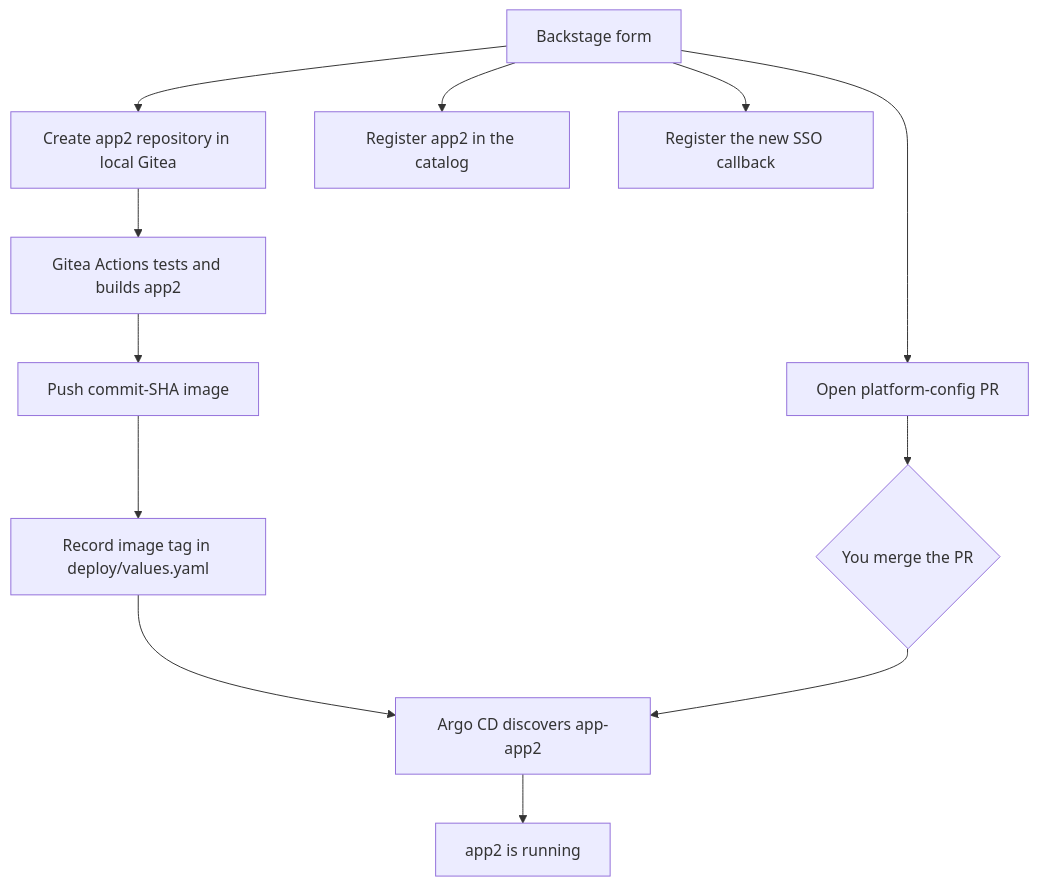
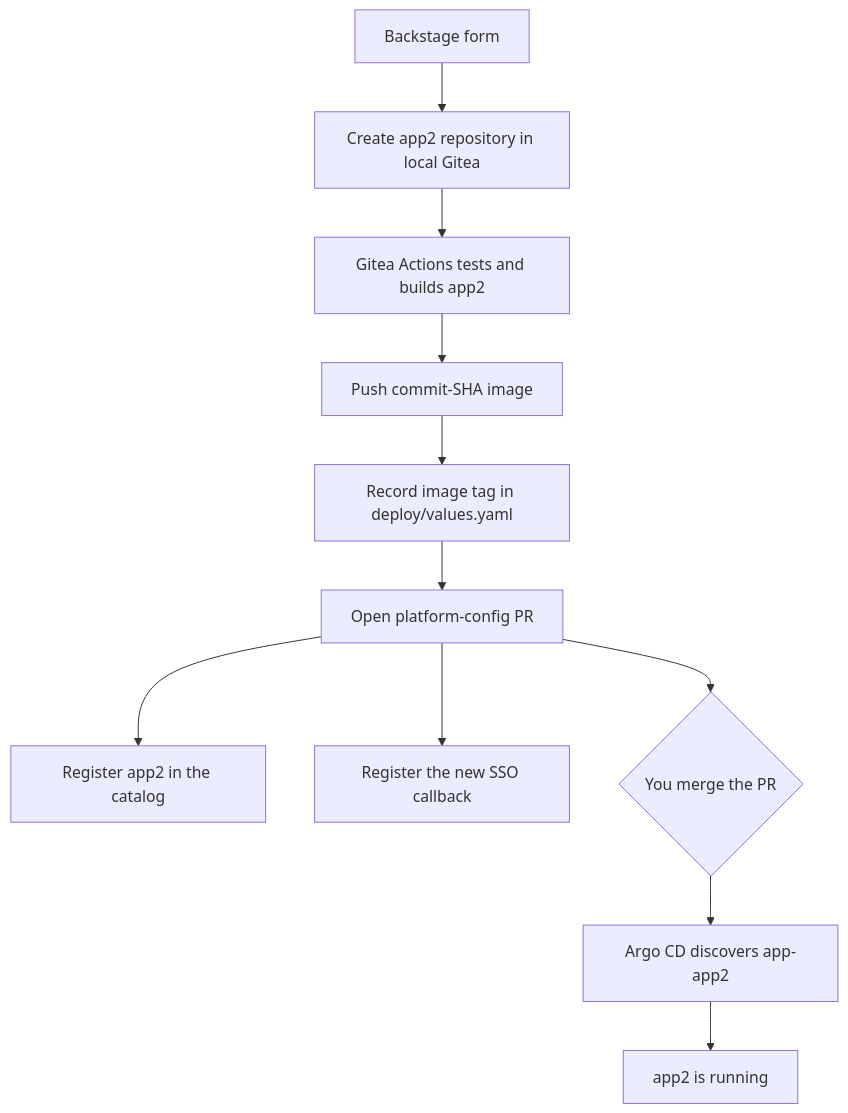
The third of 3 diagrams in docs/getting-started/try-it-with-kind.md (yu-min3/kensan-lab), drawn with Mermaid before and after one commit. The commit also changed other lines of this file and 14 other files, not shown here.

````diff
--- a/docs/getting-started/try-it-with-kind.md
+++ b/docs/getting-started/try-it-with-kind.md
@@ -162,14 +170,14 @@
 ```mermaid
 flowchart TD
     A[Backstage form] --> B[Create app2 repository in local Gitea]
-    A --> C[Open platform-config PR]
-    A --> D[Register app2 in the catalog]
-    A --> E[Register the new SSO callback]
     B --> F[Gitea Actions tests and builds app2]
     F --> G[Push commit-SHA image]
     G --> H[Record image tag in deploy/values.yaml]
+    H --> C[Open platform-config PR]
+    C --> D[Register app2 in the catalog]
+    C --> E[Register the new SSO callback]
     C --> I{You merge the PR}
-    H --> J[Argo CD discovers app-app2]
     I --> J
+    J[Argo CD discovers app-app2]
     J --> K[app2 is running]
 ```
````
